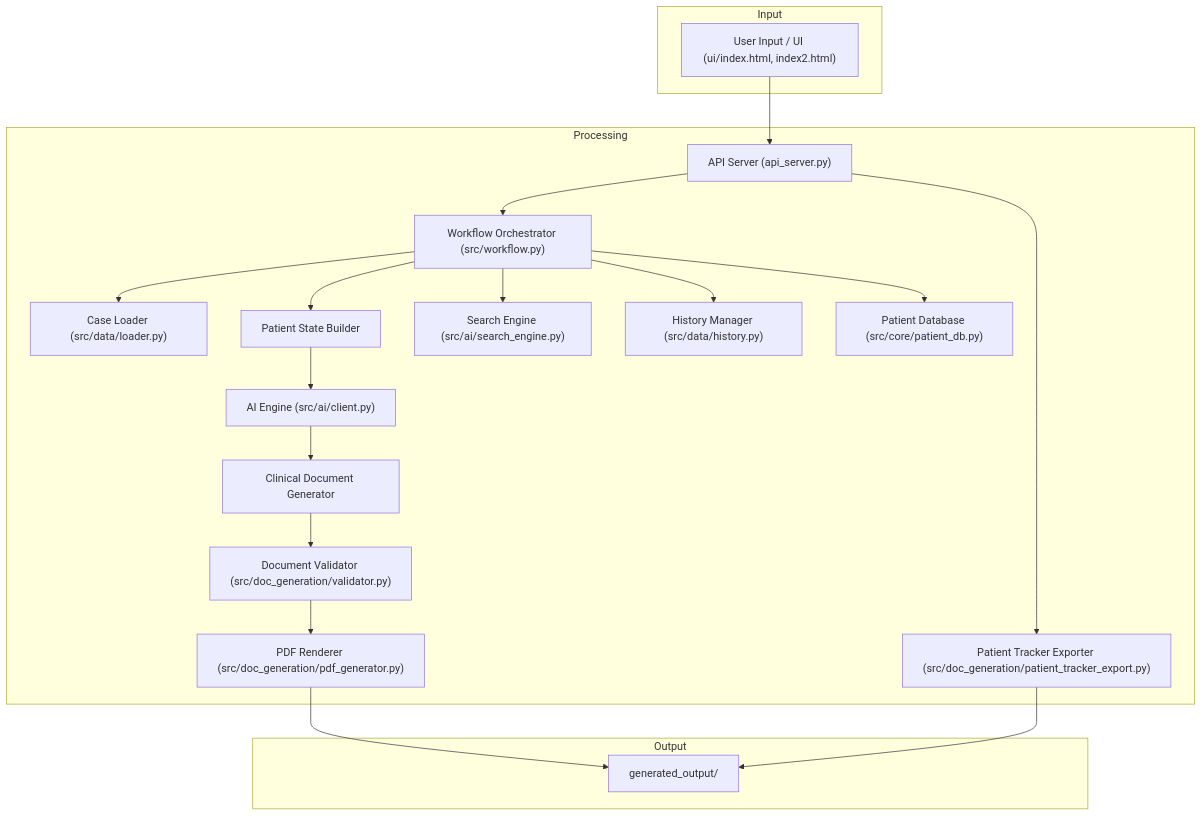
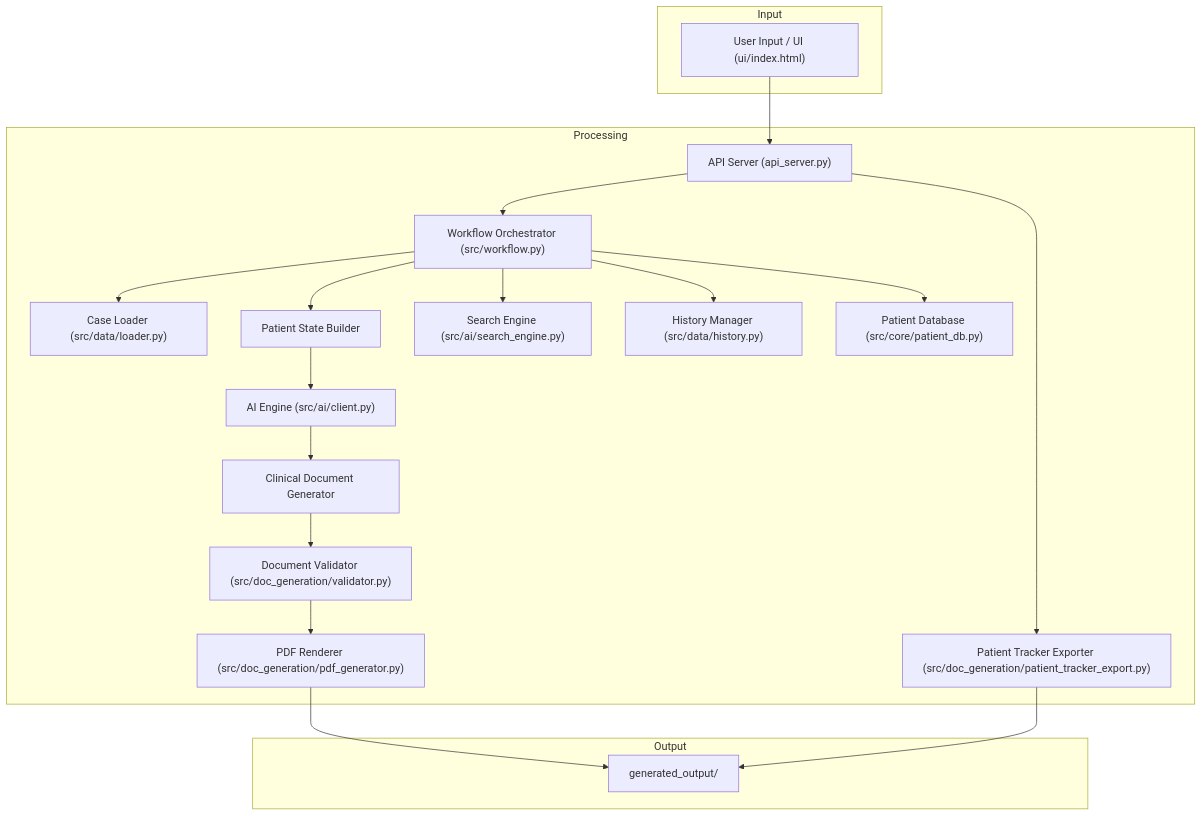
The diagram in ARCHITECTURE.md (akshaykumarar/pdgenerator), drawn with Mermaid before and after one commit. The commit also changed other lines of this file and 4 other files, not shown here.

````diff
--- a/ARCHITECTURE.md
+++ b/ARCHITECTURE.md
@@ -41,24 +41,24 @@
 ```mermaid
 graph TD
     subgraph Input
-        UI["User Input / UI (ui/index.html, index2.html)"]
+        UI["User Input / UI (ui/index.html)"]
     end
     subgraph Processing
         API["API Server (api_server.py)"] --> Generator["Workflow Orchestrator (src/workflow.py)"]
         API --> TrackerExporter["Patient Tracker Exporter (src/doc_generation/patient_tracker_export.py)"]
         Generator --> DataLoader["Case Loader (src/data/loader.py)"]
         Generator --> PatientState["Patient State Builder"]
         PatientState --> AIEngine["AI Engine (src/ai/client.py)"]
         AIEngine --> Documents["Clinical Document Generator"]
         Documents --> Validator["Document Validator (src/doc_generation/validator.py)"]
         Validator --> PDFFactory["PDF Renderer (src/doc_generation/pdf_generator.py)"]
         Generator --> Search["Search Engine (src/ai/search_engine.py)"]
         Generator --> History["History Manager (src/data/history.py)"]
         Generator --> DB["Patient Database (src/core/patient_db.py)"]
     end
     subgraph Output
         PDFFactory --> OutputDir["generated_output/"]
         TrackerExporter --> OutputDir
     end
     UI --> API
 ```
````
